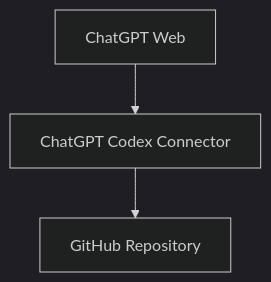
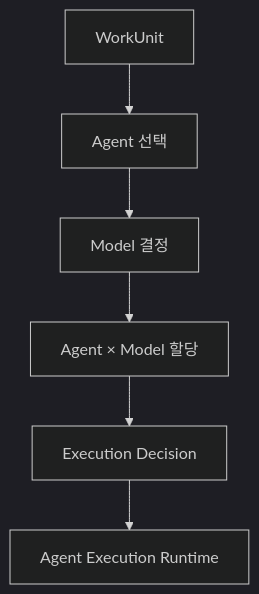
One commit to eaglesjo/MultiAgentOS changed the fifth of 7 diagrams in README.ko.md. Above: the diagram before and after it, drawn with Mermaid (dark theme). The commit also changed other lines of this file, not shown here.

````diff
--- a/README.ko.md
+++ b/README.ko.md
@@ -119,5 +152,8 @@
-```mermaid
+~~~mermaid
 flowchart TB
-    CHATWEB["ChatGPT Web"] --> CONNECTOR["ChatGPT Codex Connector"]
-    CONNECTOR --> GH["GitHub Repository"]
-```
+    WORK["WorkUnit"] --> AGENT["Agent 선택"]
+    AGENT --> MODEL["Model 결정"]
+    MODEL --> ASSIGN["Agent × Model 할당"]
+    ASSIGN --> DECISION["Execution Decision"]
+    DECISION --> RUNTIME["Agent Execution Runtime"]
+~~~
````
